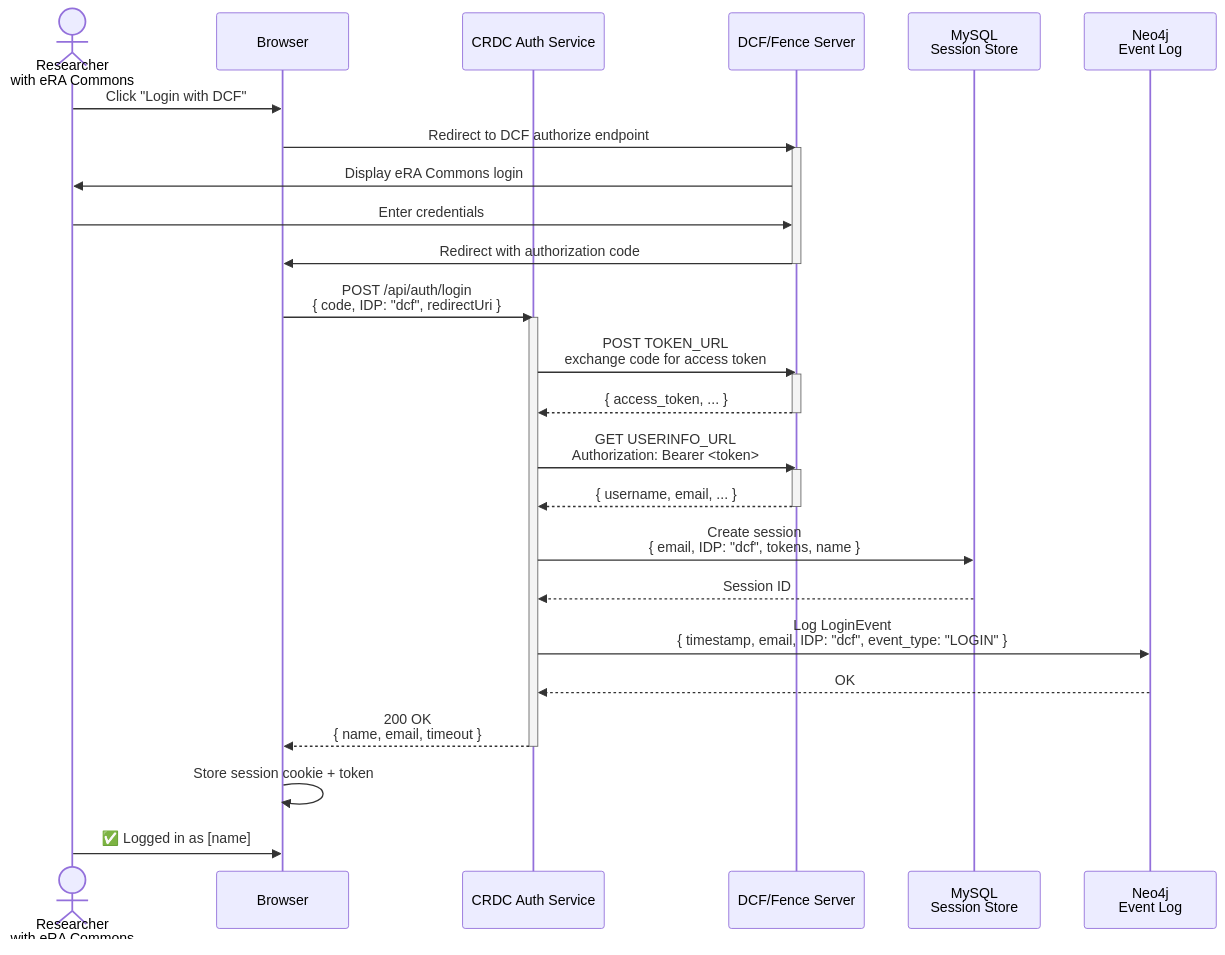
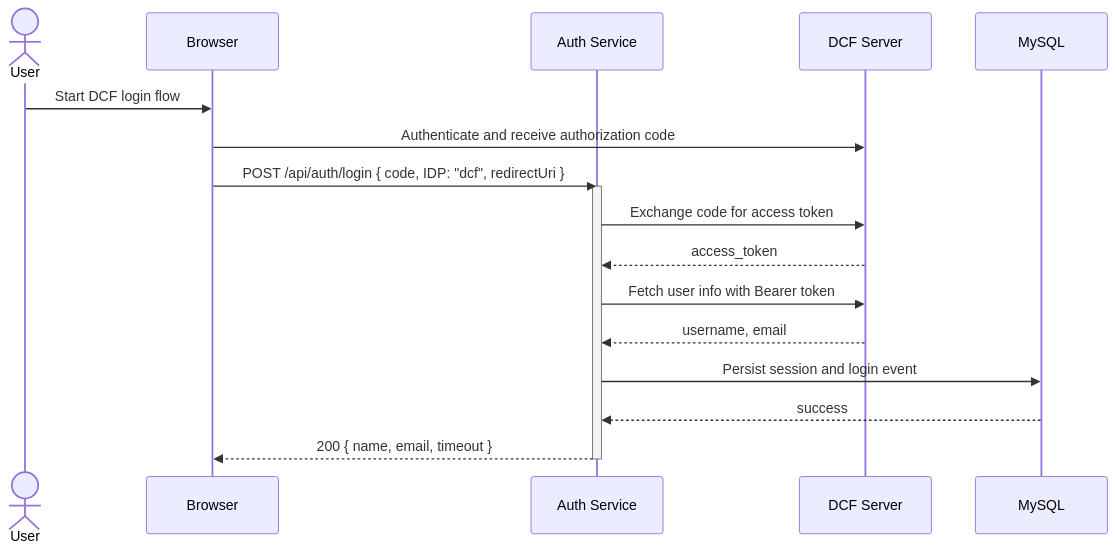
One commit to CBIIT/crdc-ctdc-authn changed the first of 2 diagrams in docs/features/dcf-fence-login.md. Above: the diagram before and after it, drawn with Mermaid. The commit also changed other lines of this file, not shown here.

First line of the commit message:
docs(features): correct dcf login implementation notes

````diff
--- a/docs/features/dcf-fence-login.md
+++ b/docs/features/dcf-fence-login.md
@@ -45,45 +42,22 @@
 ```mermaid
 sequenceDiagram
-    actor User as Researcher<br/>with eRA Commons
-    participant Browser as Browser
-    participant AuthService as CRDC Auth Service
-    participant DCFServer as DCF/Fence Server
-    participant MySQL as MySQL<br/>Session Store
-    participant Neo4j as Neo4j<br/>Event Log
-    
-    User->>Browser: Click "Login with DCF"
-    Browser->>DCFServer: Redirect to DCF authorize endpoint
-    
-    activate DCFServer
-    DCFServer->>User: Display eRA Commons login
-    User->>DCFServer: Enter credentials
-    DCFServer->>Browser: Redirect with authorization code
-    deactivate DCFServer
-    
-    Browser->>AuthService: POST /api/auth/login<br/>{ code, IDP: "dcf", redirectUri }
-    
+    actor User
+    participant Browser
+    participant AuthService as Auth Service
+    participant DCF as DCF Server
+    participant MySQL as MySQL
+
+    User->>Browser: Start DCF login flow
+    Browser->>DCF: Authenticate and receive authorization code
+    Browser->>AuthService: POST /api/auth/login { code, IDP: "dcf", redirectUri }
+
     activate AuthService
-    AuthService->>DCFServer: POST TOKEN_URL<br/>exchange code for access token
-    
-    activate DCFServer
-    DCFServer-->>AuthService: { access_token, ... }
-    deactivate DCFServer
-    
-    AuthService->>DCFServer: GET USERINFO_URL<br/>Authorization: Bearer <token>
-    
-    activate DCFServer
-    DCFServer-->>AuthService: { username, email, ... }
-    deactivate DCFServer
-    
-    AuthService->>MySQL: Create session<br/>{ email, IDP: "dcf", tokens, name }
-    MySQL-->>AuthService: Session ID
-    
-    AuthService->>Neo4j: Log LoginEvent<br/>{ timestamp, email, IDP: "dcf", event_type: "LOGIN" }
-    Neo4j-->>AuthService: OK
-    
-    AuthService-->>Browser: 200 OK<br/>{ name, email, timeout }
+    AuthService->>DCF: Exchange code for access token
+    DCF-->>AuthService: access_token
+    AuthService->>DCF: Fetch user info with Bearer token
+    DCF-->>AuthService: username, email
+    AuthService->>MySQL: Persist session and login event
+    MySQL-->>AuthService: success
+    AuthService-->>Browser: 200 { name, email, timeout }
     deactivate AuthService
-    
-    Browser->>Browser: Store session cookie + token
-    User->>Browser: ✅ Logged in as [name]
 ```
````
